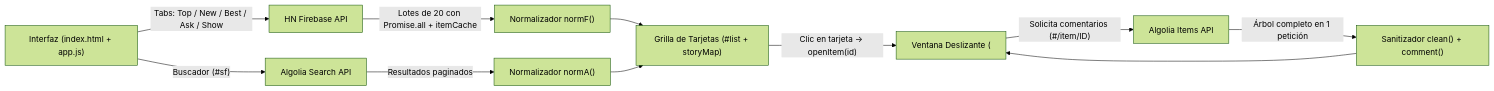
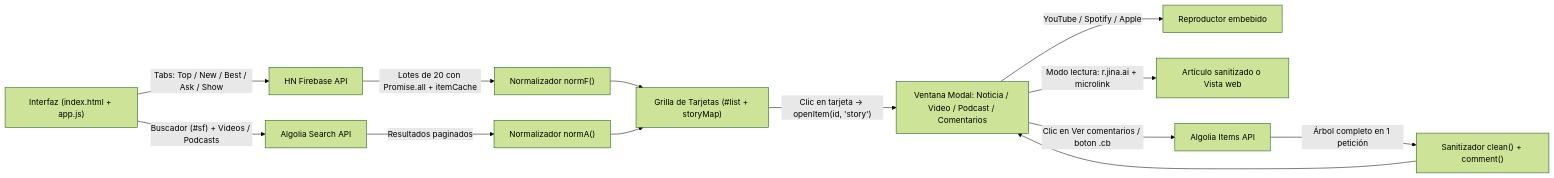
Before and after one commit to Facusere/Bit-a-Bit: the diagram in README.md, drawn with Mermaid (forest theme). The commit also changed other lines of this file and 4 other files, not shown here.

Commit message:
feat: modo lectura completo, scrollbars adaptativas, seccion videos/podcasts y documentacion

````diff
--- a/README.md
+++ b/README.md
@@ -49,13 +52,15 @@
 ```mermaid
 flowchart LR
   UI["Interfaz (index.html + app.js)"] -->|"Tabs: Top / New / Best / Ask / Show"| FB["HN Firebase API"]
   FB -->|"Lotes de 20 con Promise.all + itemCache"| NORMF["Normalizador normF()"]
-  UI -->|"Buscador (#sf)"| ALGS["Algolia Search API"]
+  UI -->|"Buscador (#sf) + Videos / Podcasts"| ALGS["Algolia Search API"]
   ALGS -->|"Resultados paginados"| NORMA["Normalizador normA()"]
   NORMF --> CARDS["Grilla de Tarjetas (#list + storyMap)"]
   NORMA --> CARDS
-  CARDS -->|"Clic en tarjeta -> openItem(id)"| DRAWER["Ventana Deslizante (<dialog>)"]
-  DRAWER -->|"Solicita comentarios (#/item/ID)"| ALGI["Algolia Items API"]
+  CARDS -->|"Clic en tarjeta -> openItem(id, 'story')"| MODAL["Ventana Modal: Noticia / Video / Podcast / Comentarios"]
+  MODAL -->|"YouTube / Spotify / Apple"| PLAYER["Reproductor embebido"]
+  MODAL -->|"Modo lectura: r.jina.ai + microlink"| ARTICLE["Artículo sanitizado o Vista web"]
+  MODAL -->|"Clic en Ver comentarios / boton .cb"| ALGI["Algolia Items API"]
   ALGI -->|"Árbol completo en 1 petición"| CLEAN["Sanitizador clean() + comment()"]
-  CLEAN --> DRAWER
+  CLEAN --> MODAL
 ```
````
